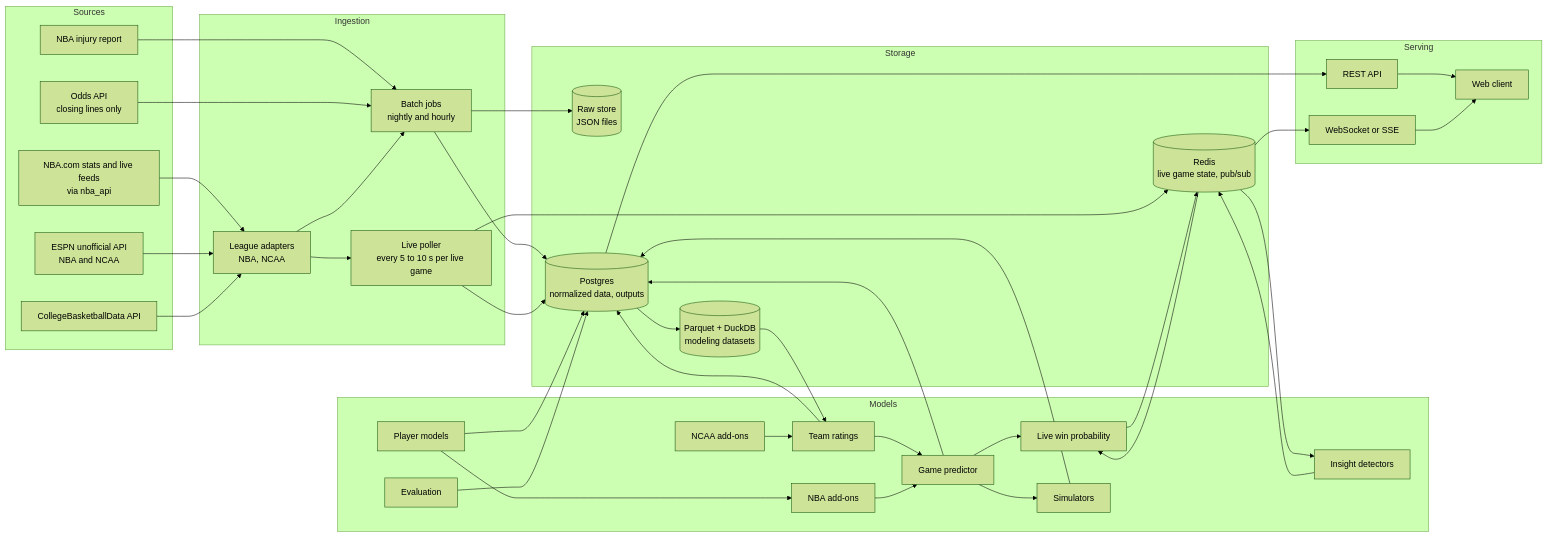
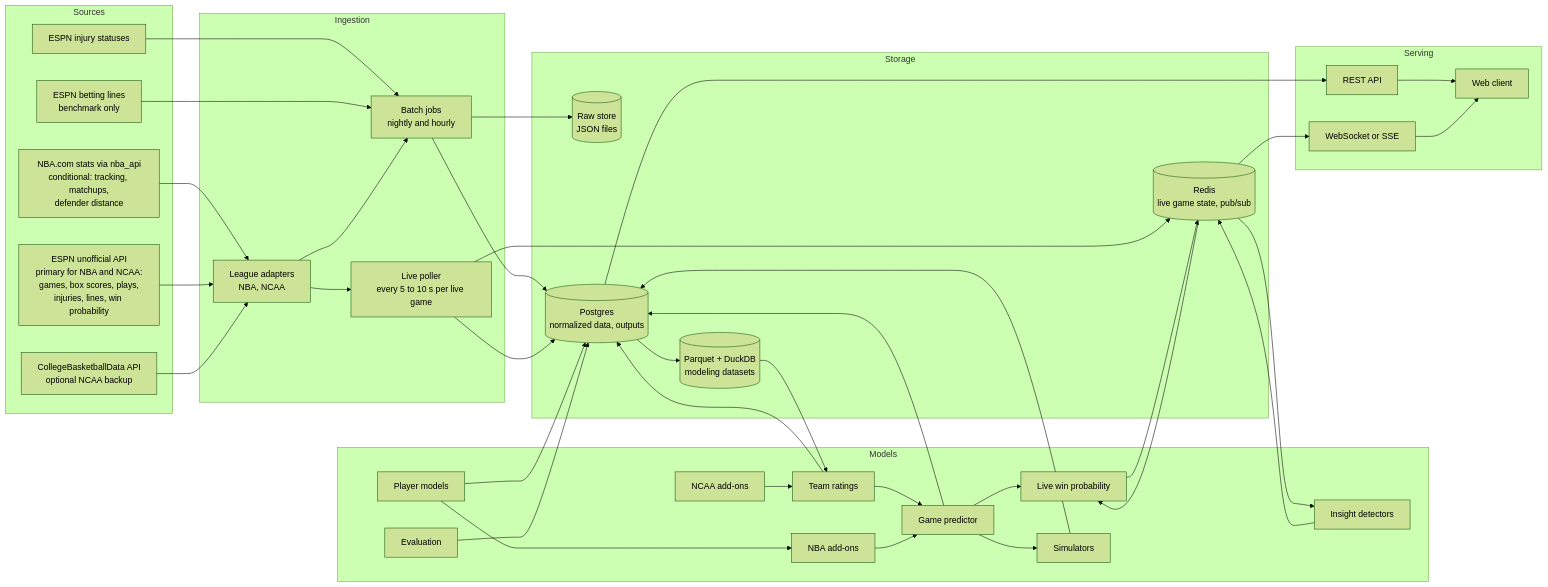
The diagram in basketball-analytics-technical-architecture.md (ntatinaro/basketball-analytics), drawn with Mermaid (forest theme) before and after one commit. The commit also changed other lines of this file and 1 other file, not shown here.

````diff
--- a/basketball-analytics-technical-architecture.md
+++ b/basketball-analytics-technical-architecture.md
@@ -28,74 +33,74 @@
 ```mermaid
 flowchart LR
   subgraph Sources
-    A1[NBA.com stats and live feeds<br/>via nba_api]
-    A2[ESPN unofficial API<br/>NBA and NCAA]
-    A3[CollegeBasketballData API]
-    A4[NBA injury report]
-    A5[Odds API<br/>closing lines only]
+    A1[NBA.com stats via nba_api<br/>conditional: tracking, matchups,<br/>defender distance]
+    A2[ESPN unofficial API<br/>primary for NBA and NCAA:<br/>games, box scores, plays,<br/>injuries, lines, win probability]
+    A3[CollegeBasketballData API<br/>optional NCAA backup]
+    A4[ESPN injury statuses]
+    A5[ESPN betting lines<br/>benchmark only]
   end
 
   subgraph Ingestion
     B1[Batch jobs<br/>nightly and hourly]
     B2[Live poller<br/>every 5 to 10 s per live game]
     B3[League adapters<br/>NBA, NCAA]
   end
 
   subgraph Storage
     C1[(Raw store<br/>JSON files)]
     C2[(Postgres<br/>normalized data, outputs)]
     C3[(Redis<br/>live game state, pub/sub)]
     C4[(Parquet + DuckDB<br/>modeling datasets)]
   end
 
   subgraph Models
     D1[Team ratings]
     D2[Game predictor]
     D3[Live win probability]
     D4[Insight detectors]
     D5[Simulators]
     D6[Player models]
     D7[NBA add-ons]
     D8[NCAA add-ons]
     D9[Evaluation]
   end
 
   subgraph Serving
     E1[REST API]
     E2[WebSocket or SSE]
     E3[Web client]
   end
 
   A1 --> B3
   A2 --> B3
   A3 --> B3
   A4 --> B1
   A5 --> B1
   B3 --> B1
   B3 --> B2
   B1 --> C1
   B1 --> C2
   B2 --> C3
   B2 --> C2
   C2 --> C4
   C4 --> D1
   D1 --> D2
   D7 --> D2
   D8 --> D1
   D2 --> D5
   D2 --> D3
   C3 --> D3
   C3 --> D4
   D6 --> D7
   D1 --> C2
   D2 --> C2
   D5 --> C2
   D6 --> C2
   D9 --> C2
   D3 --> C3
   D4 --> C3
   C2 --> E1
   C3 --> E2
   E1 --> E3
   E2 --> E3
 ```
````
